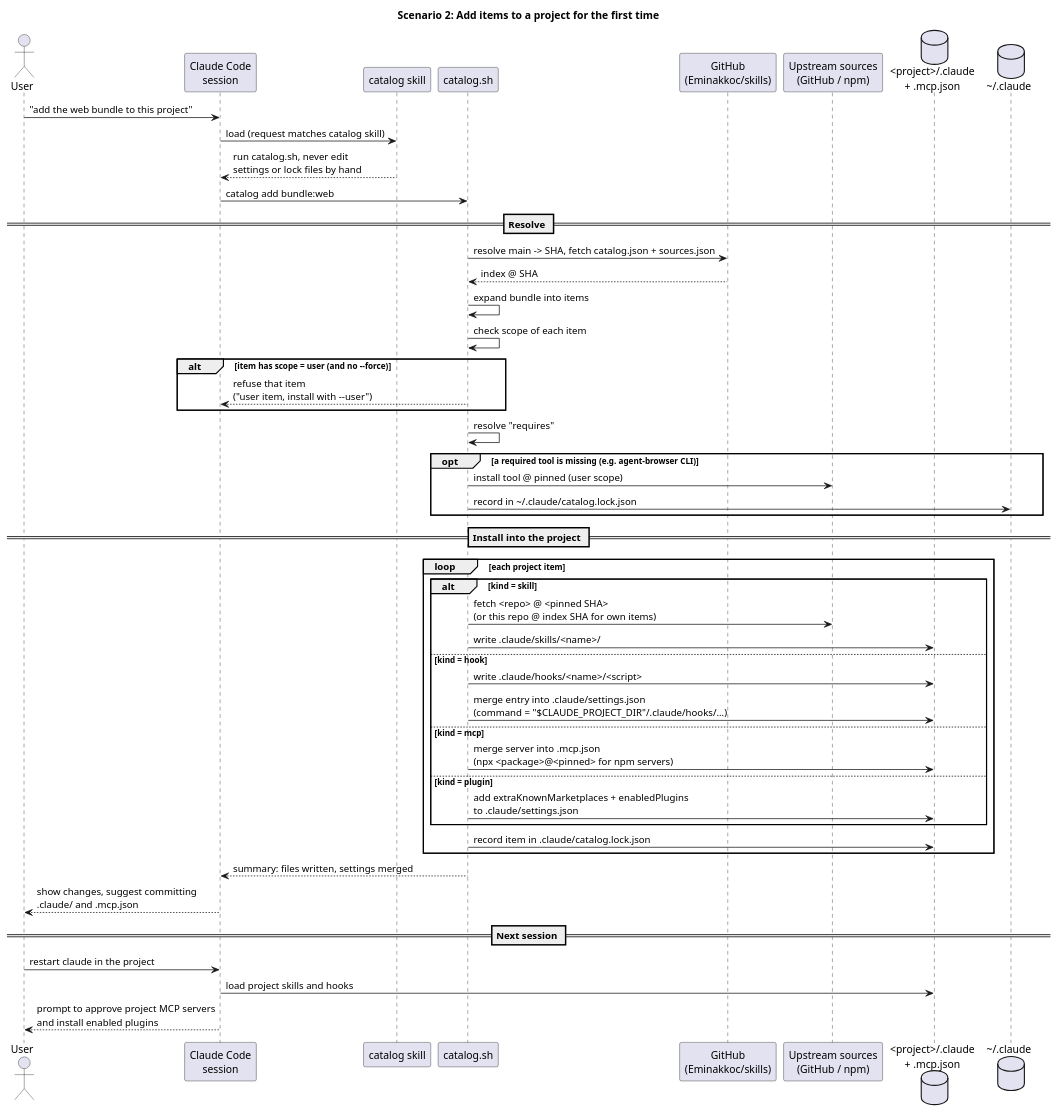
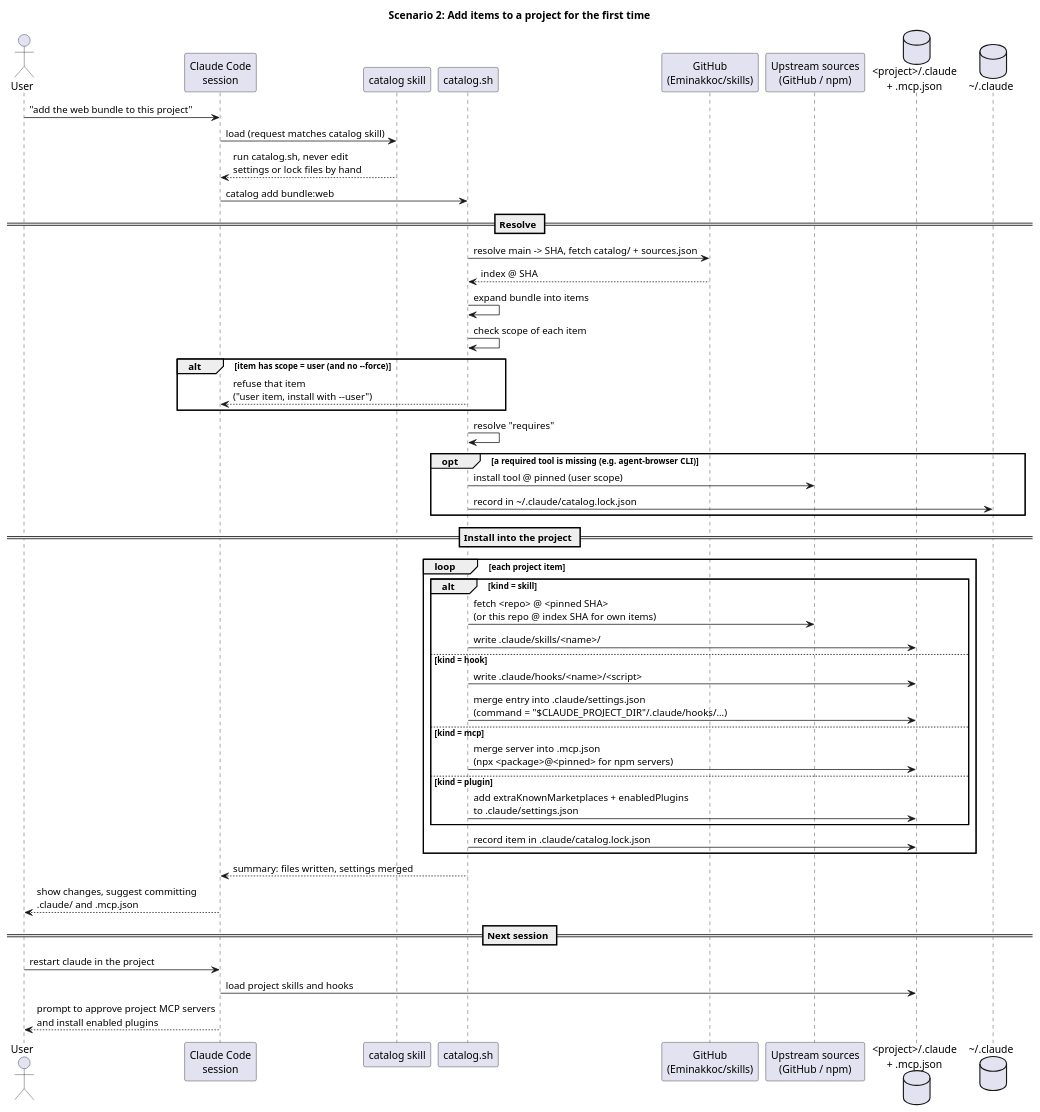
Before and after one commit to Eminakkoc/skills: the diagram in docs/diagrams/02-add-items-to-project.puml, drawn with PlantUML. The commit also changed 33 other files, not shown here.

First line of the commit message:
Split catalog.json into one file per item and per bundle

```diff
--- a/docs/diagrams/02-add-items-to-project.puml
+++ b/docs/diagrams/02-add-items-to-project.puml
@@ -1,55 +1,55 @@
 @startuml 02-add-items-to-project
 title Scenario 2: Add items to a project for the first time
 
 actor User
 participant "Claude Code\nsession" as Claude
 participant "catalog skill" as Skill
 participant "catalog.sh" as Cat
 participant "GitHub\n(Eminakkoc/skills)" as Index
 participant "Upstream sources\n(GitHub / npm)" as Up
 database "<project>/.claude\n+ .mcp.json" as Proj
 database "<U+007E>/.claude" as Home
 
 User -> Claude : "add the web bundle to this project"
 Claude -> Skill : load (request matches catalog skill)
 Skill --> Claude : run catalog.sh, never edit\nsettings or lock files by hand
 Claude -> Cat : catalog add bundle:web
 
 == Resolve ==
-Cat -> Index : resolve main -> SHA, fetch catalog.json + sources.json
+Cat -> Index : resolve main -> SHA, fetch catalog/ + sources.json
 Index --> Cat : index @ SHA
 Cat -> Cat : expand bundle into items
 Cat -> Cat : check scope of each item
 alt item has scope = user (and no --force)
   Cat --> Claude : refuse that item\n("user item, install with --user")
 end
 Cat -> Cat : resolve "requires"
 opt a required tool is missing (e.g. agent-browser CLI)
   Cat -> Up : install tool @ pinned (user scope)
   Cat -> Home : record in <U+007E>/.claude/catalog.lock.json
 end
 
 == Install into the project ==
 loop each project item
   alt kind = skill
     Cat -> Up : fetch <repo> @ <pinned SHA>\n(or this repo @ index SHA for own items)
     Cat -> Proj : write .claude/skills/<name>/
   else kind = hook
     Cat -> Proj : write .claude/hooks/<name>/<script>
     Cat -> Proj : merge entry into .claude/settings.json\n(command = "$CLAUDE_PROJECT_DIR"/.claude/hooks/...)
   else kind = mcp
     Cat -> Proj : merge server into .mcp.json\n(npx <package>@<pinned> for npm servers)
   else kind = plugin
     Cat -> Proj : add extraKnownMarketplaces + enabledPlugins\nto .claude/settings.json
   end
   Cat -> Proj : record item in .claude/catalog.lock.json
 end
 
 Cat --> Claude : summary: files written, settings merged
 Claude --> User : show changes, suggest committing\n.claude/ and .mcp.json
 
 == Next session ==
 User -> Claude : restart claude in the project
 Claude -> Proj : load project skills and hooks
 Claude --> User : prompt to approve project MCP servers\nand install enabled plugins
 @enduml
```
